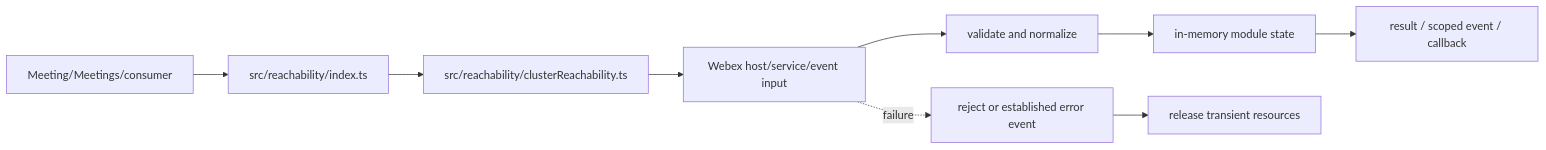
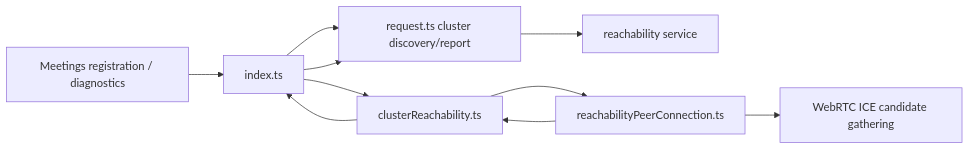
One commit to webex/webex-js-sdk changed the first of 4 diagrams in packages/@webex/plugin-meetings/src/reachability/ai-docs/reachability-spec.md. Above: the diagram before and after it, drawn with Mermaid. The commit also changed other lines of this file and 26 other files, not shown here.

````diff
--- a/packages/@webex/plugin-meetings/src/reachability/ai-docs/reachability-spec.md
+++ b/packages/@webex/plugin-meetings/src/reachability/ai-docs/reachability-spec.md
@@ -99,11 +106,12 @@
 ```mermaid
 flowchart LR
-  Caller[Meeting/Meetings/consumer] --> Entry[src/reachability/index.ts]
-  Entry --> Support[src/reachability/clusterReachability.ts]
-  Support --> Remote[Webex host/service/event input]
-  Remote --> Normalize[validate and normalize]
-  Normalize --> State[in-memory module state]
-  State --> Output[result / scoped event / callback]
-  Remote -. failure .-> Error[reject or established error event]
-  Error --> Cleanup[release transient resources]
+  Caller[Meetings registration / diagnostics] --> Reach[index.ts]
+  Reach --> Request[request.ts cluster discovery/report]
+  Request --> Service[reachability service]
+  Reach --> Cluster[clusterReachability.ts]
+  Cluster --> Probe[reachabilityPeerConnection.ts]
+  Probe --> ICE[WebRTC ICE candidate gathering]
+  Probe --> Cluster
+  Cluster --> Reach
+  Reach --> Request
 ```
````
